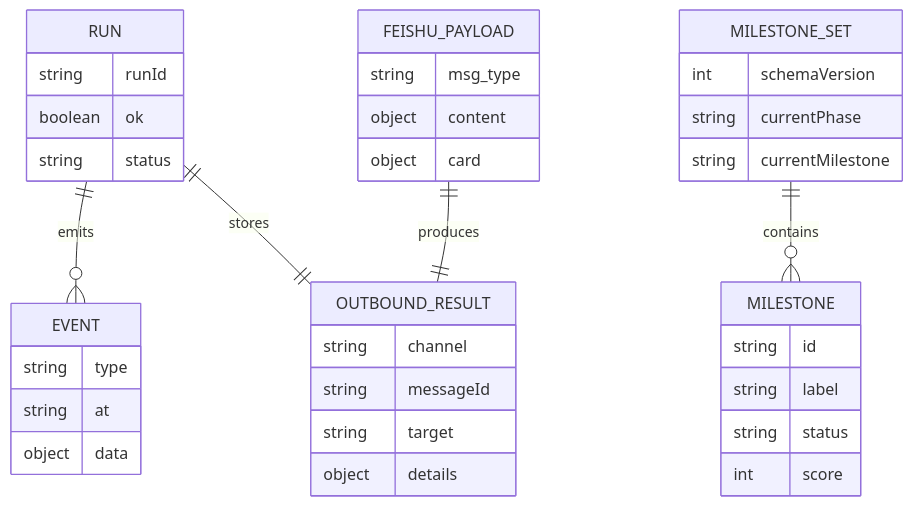
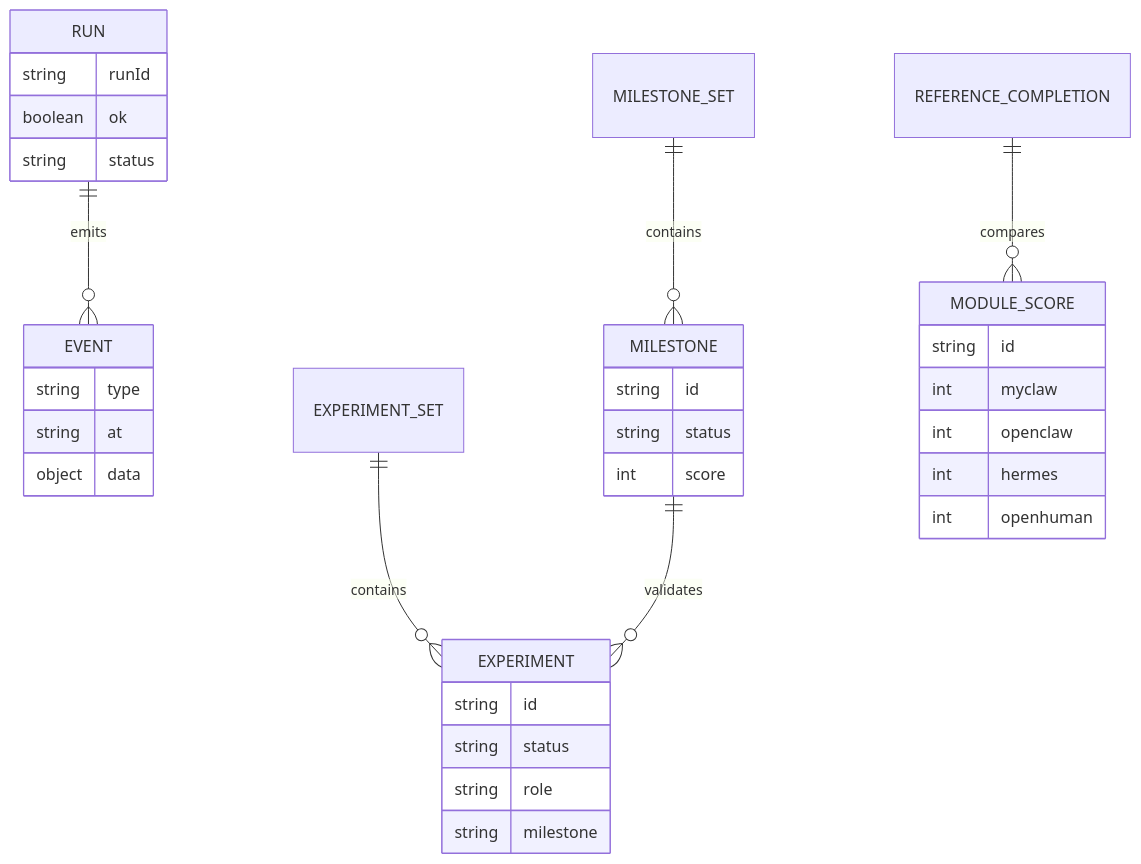
The seventh of 9 diagrams in docs/implementation-architecture.md (mayf3/myclaw), drawn with Mermaid before and after one commit. The commit also changed other lines of this file and 27 other files, not shown here.

Commit message:
feat: add human experiment roadmap

````diff
--- a/docs/implementation-architecture.md
+++ b/docs/implementation-architecture.md
@@ -189,14 +205,14 @@
 ```mermaid
 erDiagram
   RUN ||--o{ EVENT : emits
-  RUN ||--|| OUTBOUND_RESULT : stores
   MILESTONE_SET ||--o{ MILESTONE : contains
-  FEISHU_PAYLOAD ||--|| OUTBOUND_RESULT : produces
+  EXPERIMENT_SET ||--o{ EXPERIMENT : contains
+  MILESTONE ||--o{ EXPERIMENT : validates
+  REFERENCE_COMPLETION ||--o{ MODULE_SCORE : compares
 
   RUN { string runId boolean ok string status }
   EVENT { string type string at object data }
-  OUTBOUND_RESULT { string channel string messageId string target object details }
-  MILESTONE_SET { int schemaVersion string currentPhase string currentMilestone }
-  MILESTONE { string id string label string status int score }
-  FEISHU_PAYLOAD { string msg_type object content object card }
+  MILESTONE { string id string status int score }
+  EXPERIMENT { string id string status string role string milestone }
+  MODULE_SCORE { string id int myclaw int openclaw int hermes int openhuman }
 ```
````
